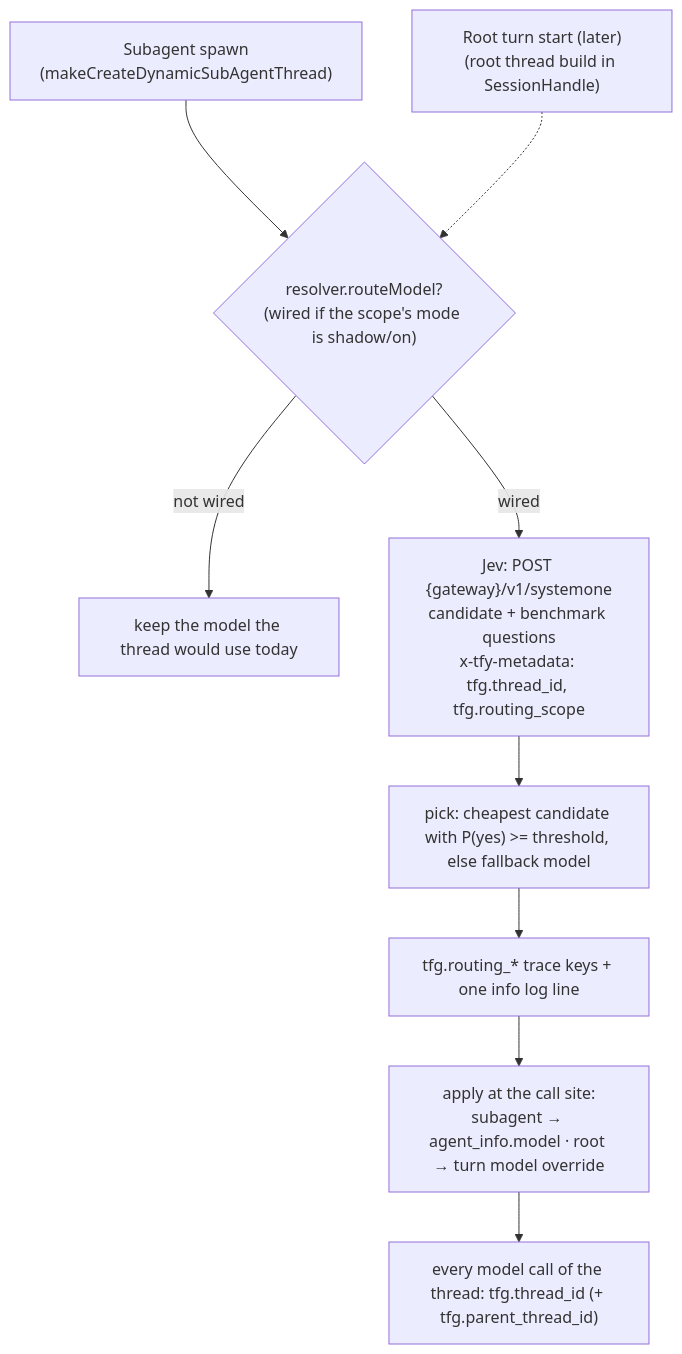
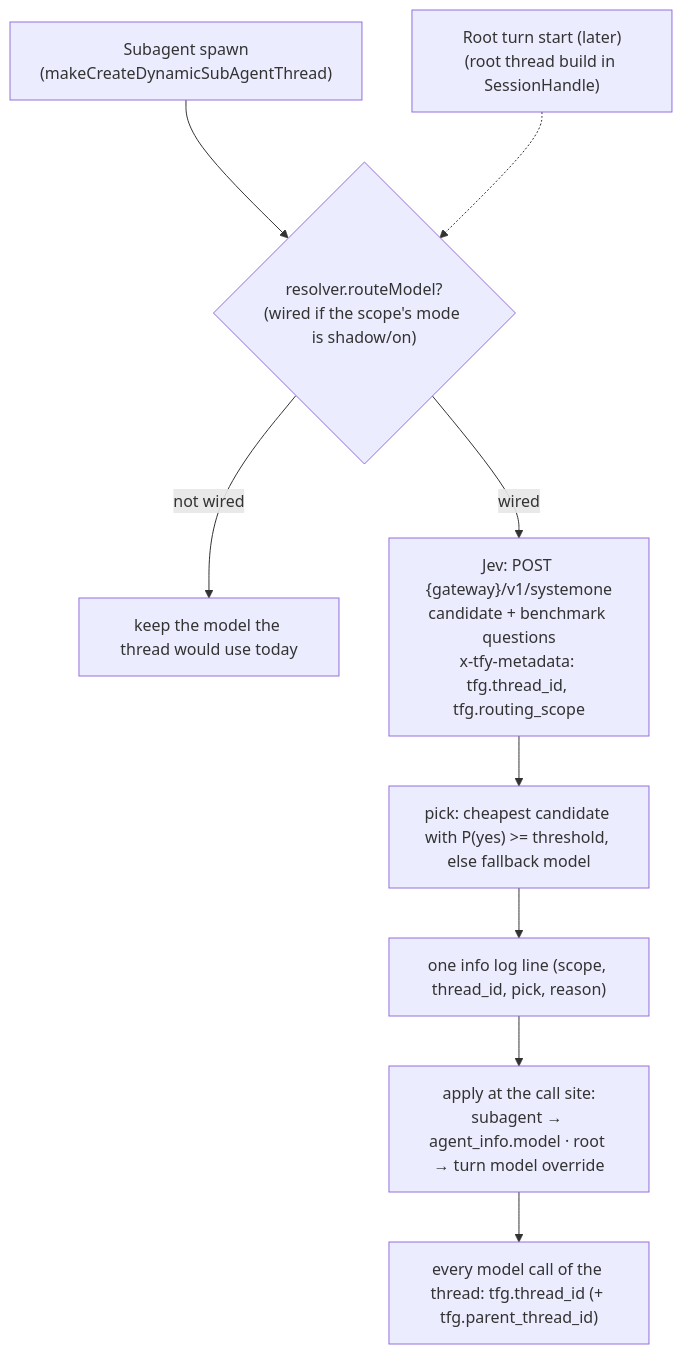
One commit to truefoundry/trueforge changed the diagram in docs/subagent-auto-routing/lld.md. Above: the diagram before and after it, drawn with Mermaid. The commit also changed other lines of this file, not shown here.

Commit message:
docs: keep routing result in the log line; traces carry only tfg.thread_id

````diff
--- a/docs/subagent-auto-routing/lld.md
+++ b/docs/subagent-auto-routing/lld.md
@@ -47,12 +47,12 @@
 ```mermaid
 flowchart TD
   S1["Subagent spawn<br/>(makeCreateDynamicSubAgentThread)"] --> R
   S2["Root turn start (later)<br/>(root thread build in SessionHandle)"] -.-> R
   R{"resolver.routeModel?<br/>(wired if the scope's mode is shadow/on)"}
   R -- not wired --> K["keep the model the thread would use today"]
   R -- wired --> J["Jev: POST {gateway}/v1/systemone<br/>candidate + benchmark questions<br/>x-tfy-metadata: tfg.thread_id, tfg.routing_scope"]
   J --> P["pick: cheapest candidate with P(yes) >= threshold, else fallback model"]
-  P --> L["tfg.routing_* trace keys + one info log line"]
+  P --> L["one info log line (scope, thread_id, pick, reason)"]
   L --> A["apply at the call site:<br/>subagent → agent_info.model · root → turn model override"]
   A --> T["every model call of the thread: tfg.thread_id (+ tfg.parent_thread_id)"]
 ```
````
